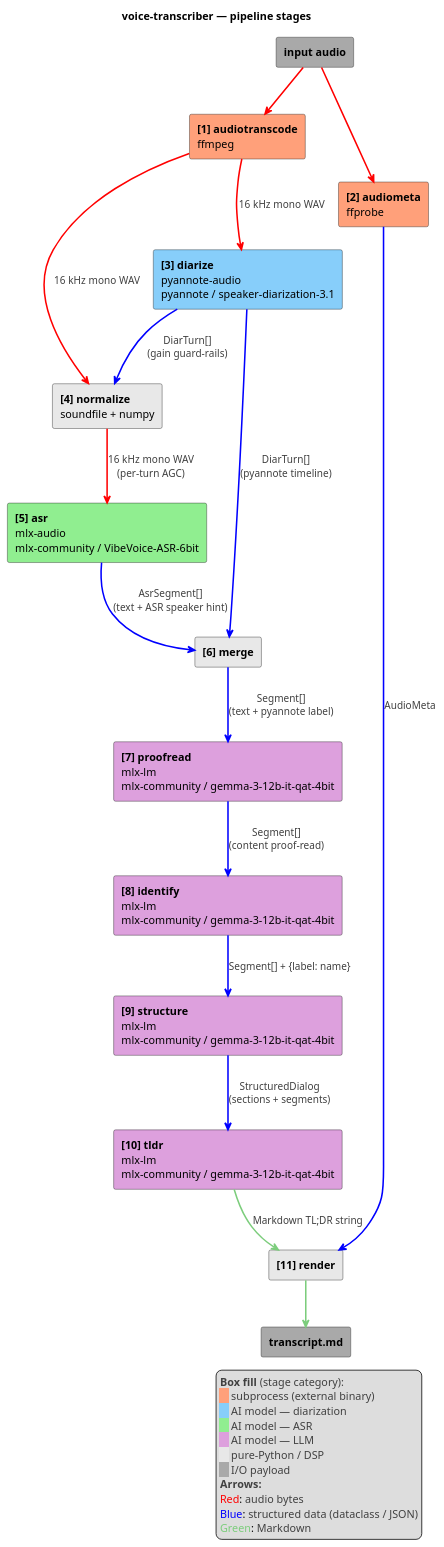
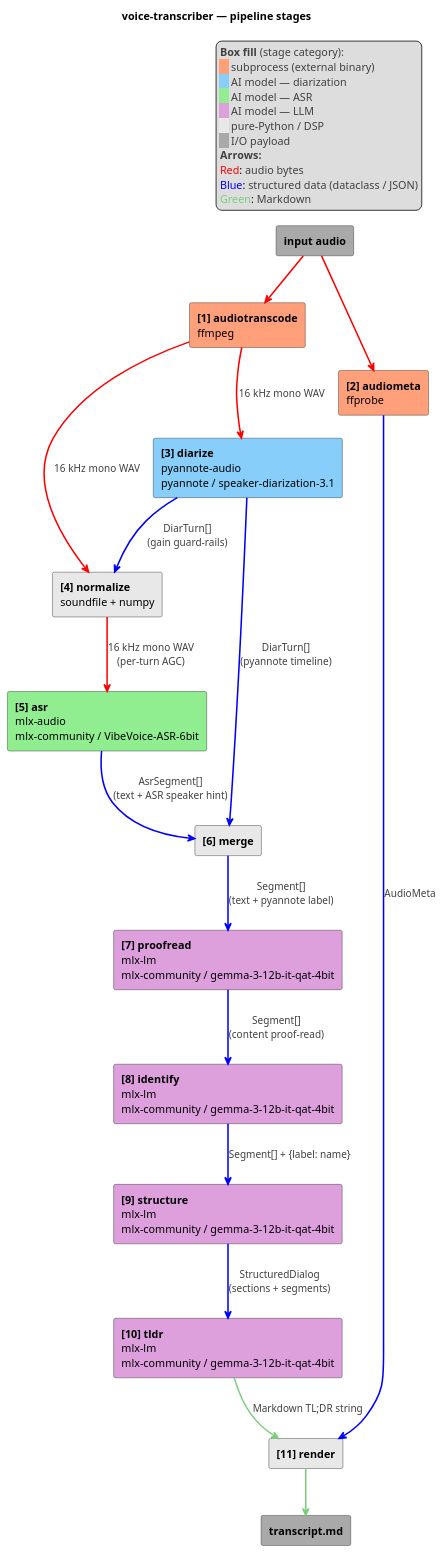
The second of 2 diagrams in docs/architecture.md (artem-from-ua/voice-transcriber), drawn with PlantUML before and after one commit. The commit also changed other lines of this file, not shown here.

Commit message:
Move pipeline-stages legend to top (was silently placed at bottom) (#62)
The architecture diagram in docs/architecture.md is a vertical 11-stage
chain. `legend right` looked correct in source, but PlantUML's auto-layout
ignores `right` for tall diagrams and places the legend at the bottom
anyway — pushing total height even further.

Switched to `legend top right`, which PlantUML honours: the legend now sits
as a horizontal strip above stage [1]. Total dimensions stayed effectively
the same (~612×1876), and the legend is now adjacent to the diagram body
rather than orphaned at the far bottom of a 1900-px image.

Filed upstream:
  - artem-from-ua/claude-plugins#319 — auto-pick legend axis based on
    diagram aspect ratio (perpendicular to growth direction).
  - artem-from-ua/claude-plugins#320 — workaround issue: auto-rotate
    `legend right` → `legend top right` for tall diagrams, since PlantUML
    cannot place the legend on the side of a tall stack.

````diff
--- a/docs/architecture.md
+++ b/docs/architecture.md
@@ -63,56 +63,56 @@
 ```plantuml
 @startuml
 title voice-transcriber — pipeline stages
 skinparam componentStyle rectangle
 skinparam ArrowThickness 2
 
 [<b>input audio</b>] as Input #A9A9A9
 [<b>transcript.md</b>] as Output #A9A9A9
 
 component "<b>[1] audiotranscode</b>\nffmpeg" as WAV #FFA07A
 component "<b>[2] audiometa</b>\nffprobe" as FF #FFA07A
 component "<b>[3] diarize</b>\npyannote-audio\npyannote / speaker-diarization-3.1" as Diar #87CEFA
 component "<b>[4] normalize</b>\nsoundfile + numpy" as Norm #E8E8E8
 component "<b>[5] asr</b>\nmlx-audio\nmlx-community / VibeVoice-ASR-6bit" as ASR #90EE90
 component "<b>[6] merge</b>" as Merge #E8E8E8
 component "<b>[7] proofread</b>\nmlx-lm\nmlx-community / gemma-3-12b-it-qat-4bit" as Post #DDA0DD
 component "<b>[8] identify</b>\nmlx-lm\nmlx-community / gemma-3-12b-it-qat-4bit" as Ident #DDA0DD
 component "<b>[9] structure</b>\nmlx-lm\nmlx-community / gemma-3-12b-it-qat-4bit" as Struct #DDA0DD
 component "<b>[10] tldr</b>\nmlx-lm\nmlx-community / gemma-3-12b-it-qat-4bit" as TLDR #DDA0DD
 component "<b>[11] render</b>" as Render #E8E8E8
 
 Input -[#red]-> FF
 Input -[#red]-> WAV
 
 WAV -[#red]-> Diar : <color:#404040>16 kHz mono WAV</color>
 WAV -[#red]-> Norm : <color:#404040>16 kHz mono WAV</color>
 Diar -[#blue]-> Norm : <color:#404040>DiarTurn[]</color>\n<color:#404040>(gain guard-rails)</color>
 Norm -[#red]-> ASR : <color:#404040>16 kHz mono WAV</color>\n<color:#404040>(per-turn AGC)</color>
 
 ASR -[#blue]-> Merge : <color:#404040>AsrSegment[]</color>\n<color:#404040>(text + ASR speaker hint)</color>
 Diar -[#blue]-> Merge : <color:#404040>DiarTurn[]</color>\n<color:#404040>(pyannote timeline)</color>
 
 Merge -[#blue]-> Post : <color:#404040>Segment[]</color>\n<color:#404040>(text + pyannote label)</color>
 Post -[#blue]-> Ident : <color:#404040>Segment[]</color>\n<color:#404040>(content proof-read)</color>
 Ident -[#blue]-> Struct : <color:#404040>Segment[] + {label: name}</color>
 Struct -[#blue]-> TLDR : <color:#404040>StructuredDialog</color>\n<color:#404040>(sections + segments)</color>
 
 FF -[#blue]-> Render : <color:#404040>AudioMeta</color>
 TLDR -[#7CCD7C]-> Render : <color:#404040>Markdown TL;DR string</color>
 Render -[#7CCD7C]-> Output
 
-legend right
+legend top right
   <color:#404040>**Box fill** (stage category):</color>
   <back:#FFA07A>   </back> <color:#404040>subprocess (external binary)</color>
   <back:#87CEFA>   </back> <color:#404040>AI model — diarization</color>
   <back:#90EE90>   </back> <color:#404040>AI model — ASR</color>
   <back:#DDA0DD>   </back> <color:#404040>AI model — LLM</color>
   <back:#E8E8E8>   </back> <color:#404040>pure-Python / DSP</color>
   <back:#A9A9A9>   </back> <color:#404040>I/O payload</color>
   <color:#404040>**Arrows:**</color>
   <color:red>Red</color>: <color:#404040>audio bytes</color>
   <color:blue>Blue</color>: <color:#404040>structured data (dataclass / JSON)</color>
   <color:#7CCD7C>Green</color>: <color:#404040>Markdown</color>
 end legend
 @enduml
 ```
````
